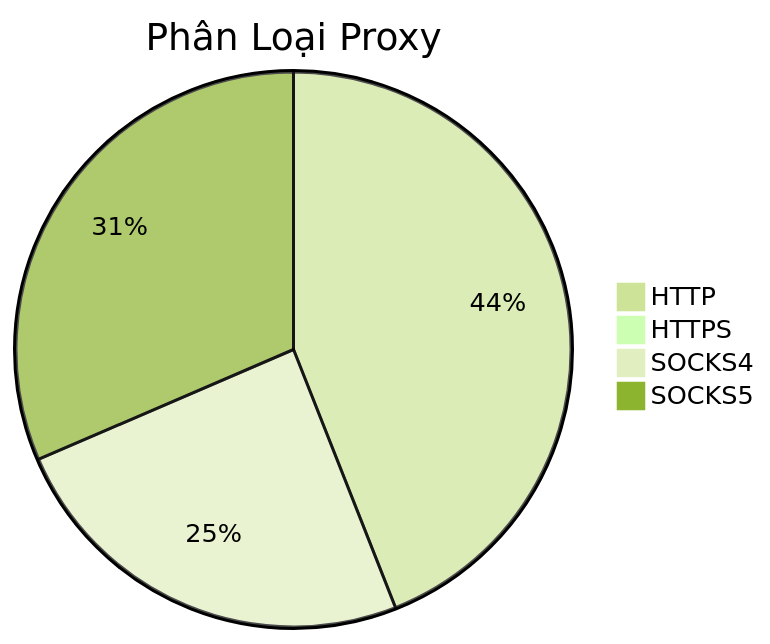
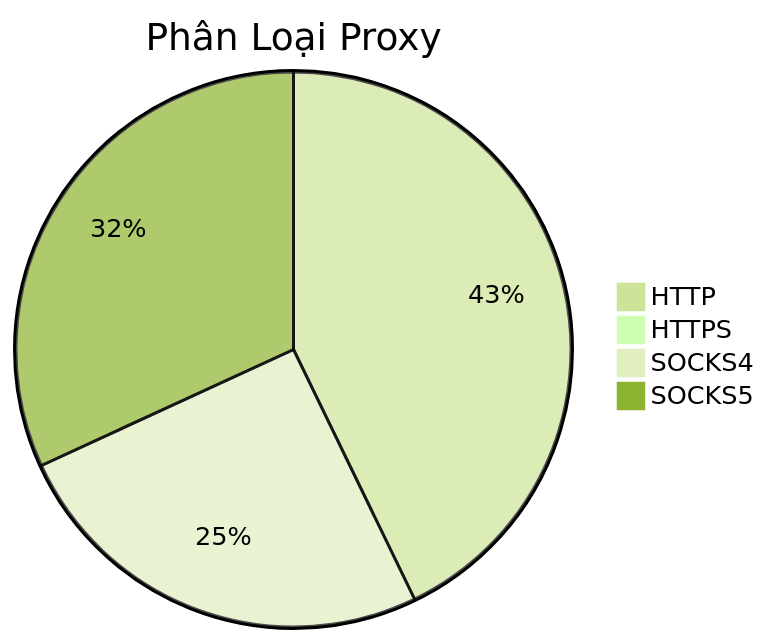
One commit to Ciara-12/PROXY-free changed the diagram in README.md. Above: the diagram before and after it, drawn with Mermaid (forest theme). The commit also changed other lines of this file and 4 other files, not shown here.

````diff
--- a/README.md
+++ b/README.md
@@ -26,7 +26,7 @@
 ```mermaid
 pie title Phân Loại Proxy
-    "HTTP" : 551
-    "HTTPS" : 1
-    "SOCKS4" : 307
-    "SOCKS5" : 394
+    "HTTP" : 563
+    "HTTPS" : 0
+    "SOCKS4" : 333
+    "SOCKS5" : 419
 ```
````
